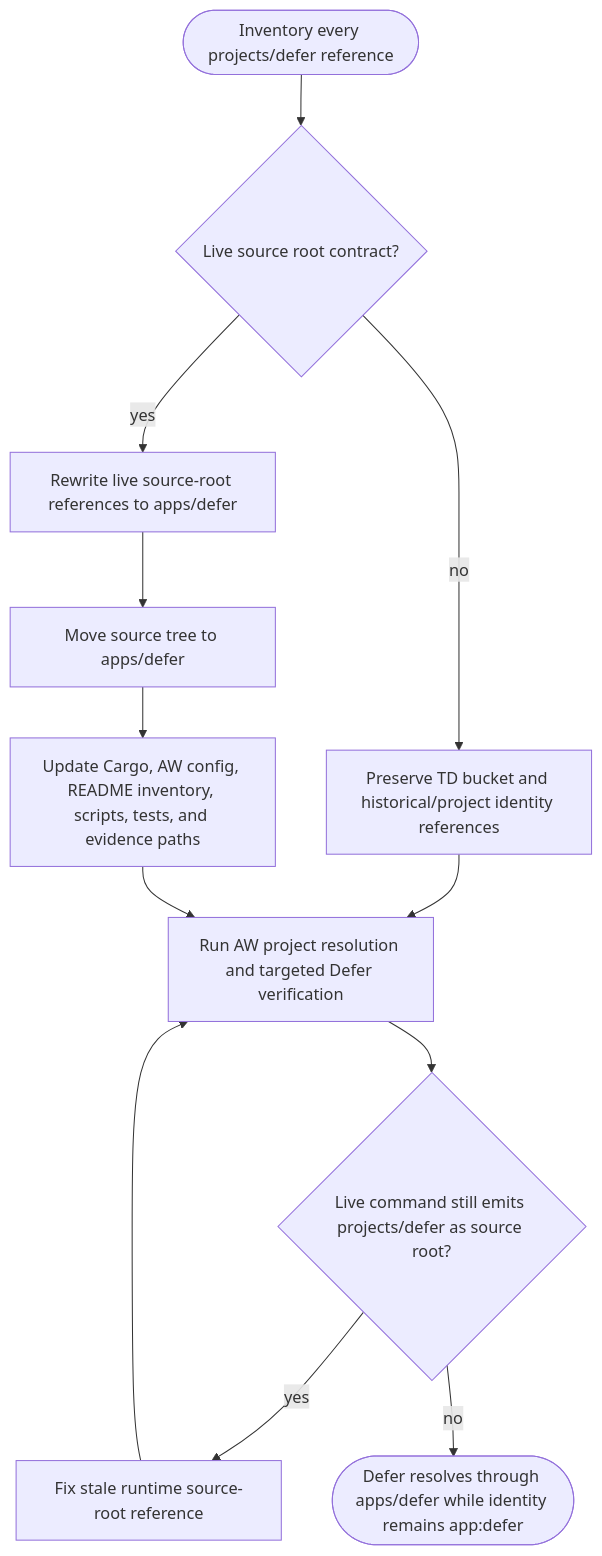
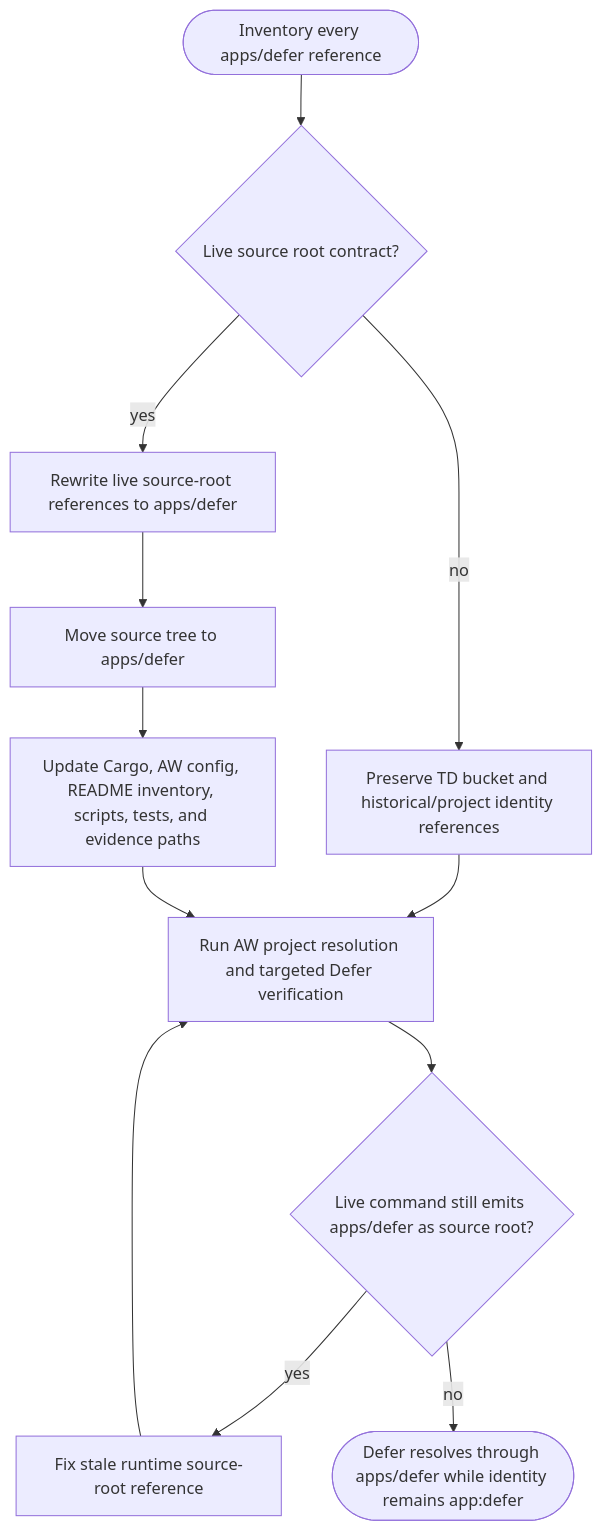
One commit to faberline/defer changed the first of 2 diagrams in tech-design/logic/repo-taxonomy-move-defer-from-projects-defer-to-apps-defer.md. Above: the diagram before and after it, drawn with Mermaid. The commit also changed other lines of this file and 9 other files, not shown here.

```diff
--- a/tech-design/logic/repo-taxonomy-move-defer-from-projects-defer-to-apps-defer.md
+++ b/tech-design/logic/repo-taxonomy-move-defer-from-projects-defer-to-apps-defer.md
@@ -26,7 +26,7 @@
 nodes:
   inventory:
     kind: start
-    label: "Inventory every projects/defer reference"
+    label: "Inventory every apps/defer reference"
   classify:
     kind: decision
     label: "Is this reference the live source root contract?"
@@ -47,7 +47,7 @@
     label: "Run AW project resolution and targeted Defer verification"
   stale:
     kind: decision
-    label: "Does a live command still emit projects/defer as source root?"
+    label: "Does a live command still emit apps/defer as source root?"
   fix:
     kind: process
     label: "Fix the stale runtime source-root reference"
@@ -90,14 +90,14 @@
     label: "no"
 ---
 flowchart TD
-    inventory([Inventory every projects/defer reference]) --> classify{Live source root contract?}
+    inventory([Inventory every apps/defer reference]) --> classify{Live source root contract?}
     classify -- no --> preserve[Preserve TD bucket and historical/project identity references]
     classify -- yes --> migrate[Rewrite live source-root references to apps/defer]
     migrate --> move_tree[Move source tree to apps/defer]
     move_tree --> route[Update Cargo, AW config, README inventory, scripts, tests, and evidence paths]
     preserve --> smoke[Run AW project resolution and targeted Defer verification]
     route --> smoke
-    smoke --> stale{Live command still emits projects/defer as source root?}
+    smoke --> stale{Live command still emits apps/defer as source root?}
     stale -- yes --> fix[Fix stale runtime source-root reference]
     fix --> smoke
     stale -- no --> done([Defer resolves through apps/defer while identity remains app:defer])
```
